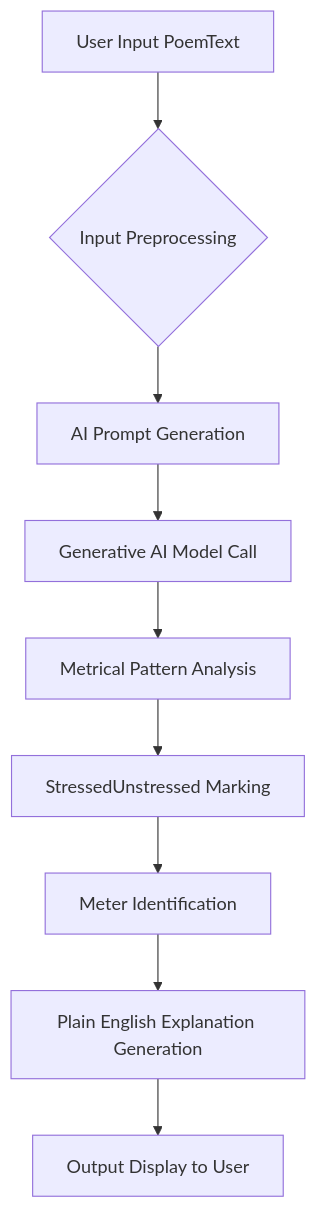
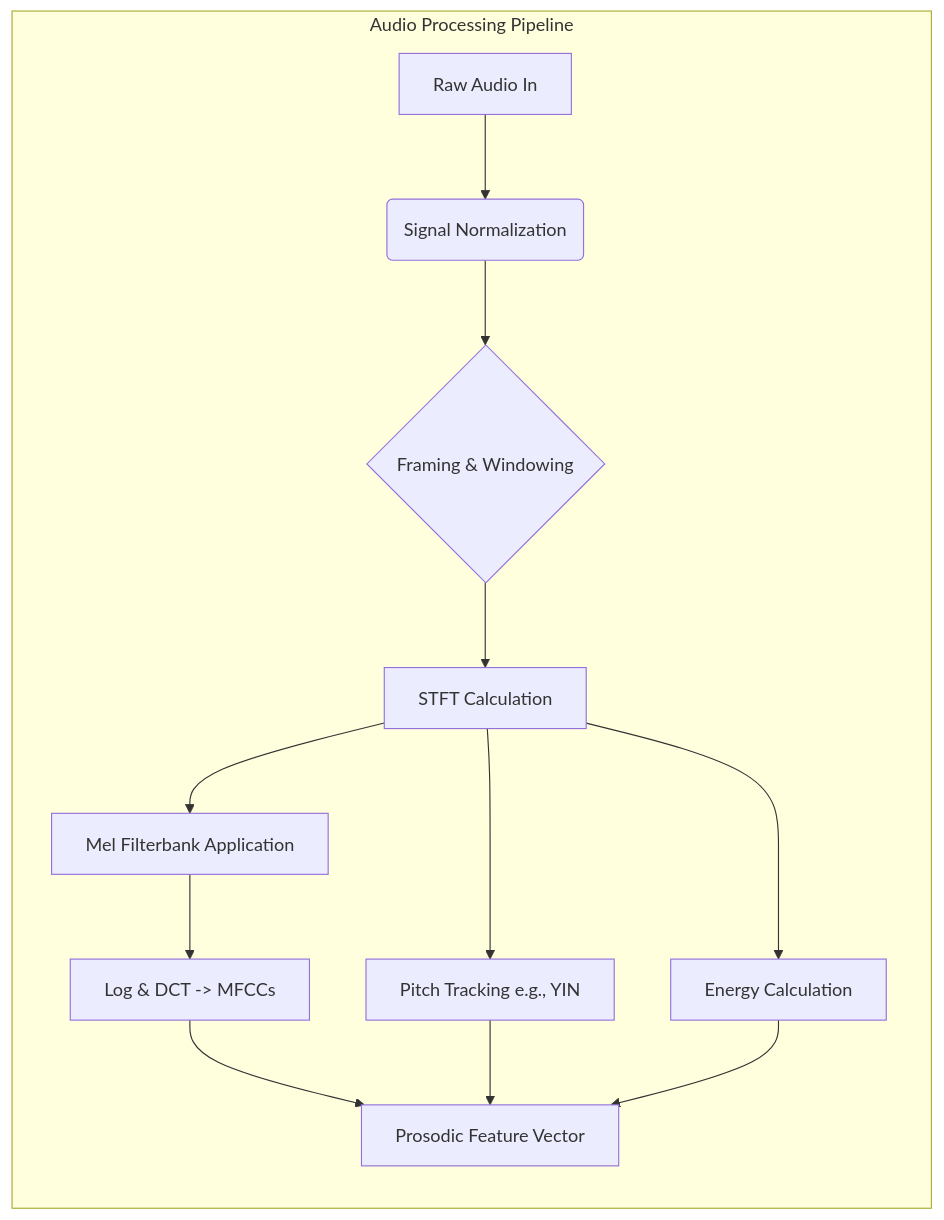
One commit to diplomat-bit/Citibank_Demo_Business_Inc_Demonstration- changed the third of 9 diagrams in inventions/123_generative_poetic_meter_analysis.md. Above: the diagram before and after it, drawn with Mermaid. The commit also changed other lines of this file, not shown here.

Commit message:
[AI] Edit: inventions/123_generative_poetic_meter_analysis.md

````diff
--- a/inventions/123_generative_poetic_meter_analysis.md
+++ b/inventions/123_generative_poetic_meter_analysis.md
@@ -20,11 +108,13 @@
 ```mermaid
-graph TD
-    A[User Input PoemText] --> B{Input Preprocessing};
-    B --> C[AI Prompt Generation];
-    C --> D[Generative AI Model Call];
-    D --> E[Metrical Pattern Analysis];
-    E --> F[StressedUnstressed Marking];
-    F --> G[Meter Identification];
-    G --> H[Plain English Explanation Generation];
-    H --> I[Output Display to User];
+graph LR
+    subgraph Audio Processing Pipeline
+        A[Raw Audio In] --> B(Signal Normalization);
+        B --> C{Framing & Windowing};
+        C --> D[STFT Calculation];
+        D --> E[Mel Filterbank Application];
+        E --> F[Log & DCT -> MFCCs];
+        D --> G[Pitch Tracking e.g., YIN];
+        D --> H[Energy Calculation];
+        F & G & H --> I[Prosodic Feature Vector];
+    end
 ```
````
